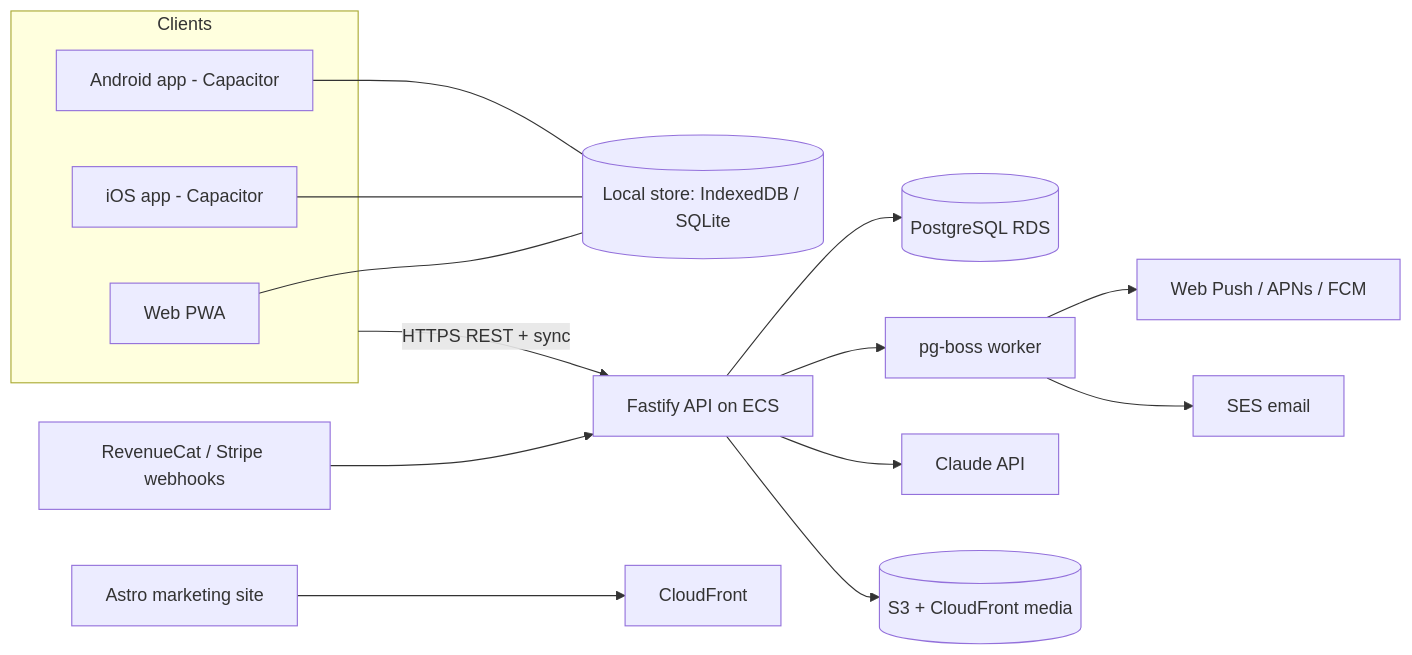
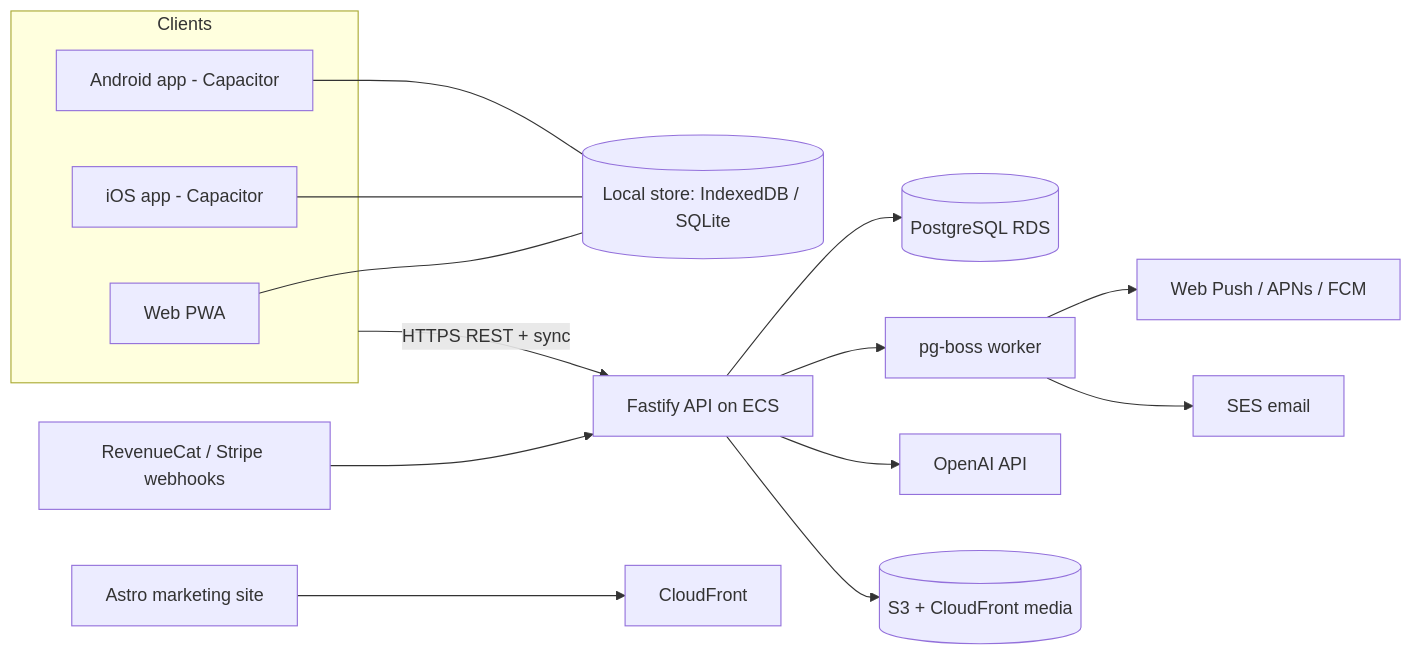
Before and after one commit to epipra/huru-gym: the diagram in docs/huru/02-TRD.md, drawn with Mermaid. The commit also changed other lines of this file and 11 other files, not shown here.

````diff
--- a/docs/huru/02-TRD.md
+++ b/docs/huru/02-TRD.md
@@ -30,20 +30,20 @@
 ```mermaid
 flowchart LR
   subgraph Clients
     Web[Web PWA] 
     iOS[iOS app - Capacitor]
     And[Android app - Capacitor]
   end
   Web --- Local[(Local store: IndexedDB / SQLite)]
   iOS --- Local
   And --- Local
   Clients -->|HTTPS REST + sync| API[Fastify API on ECS]
   API --> DB[(PostgreSQL RDS)]
   API --> Jobs[pg-boss worker]
   Jobs --> Push[Web Push / APNs / FCM]
   Jobs --> SES[SES email]
-  API --> Coach[Claude API]
+  API --> Coach[OpenAI API]
   API --> S3[(S3 + CloudFront media)]
   Billing[RevenueCat / Stripe webhooks] --> API
   Site[Astro marketing site] --> CDN[CloudFront]
 ```
````
